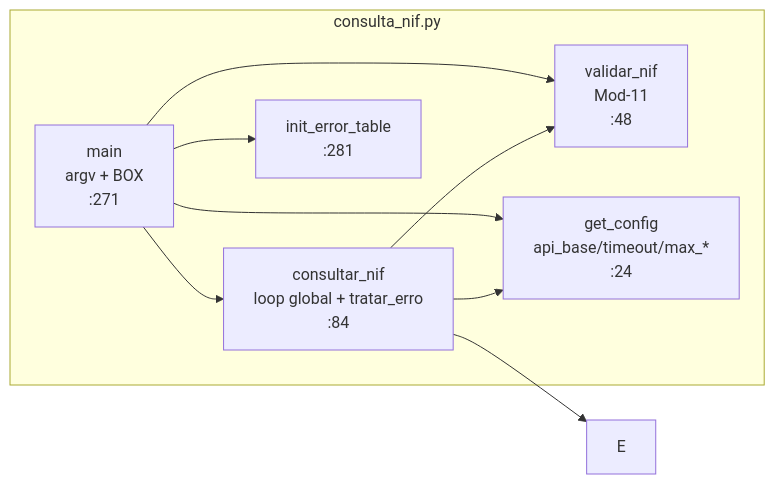
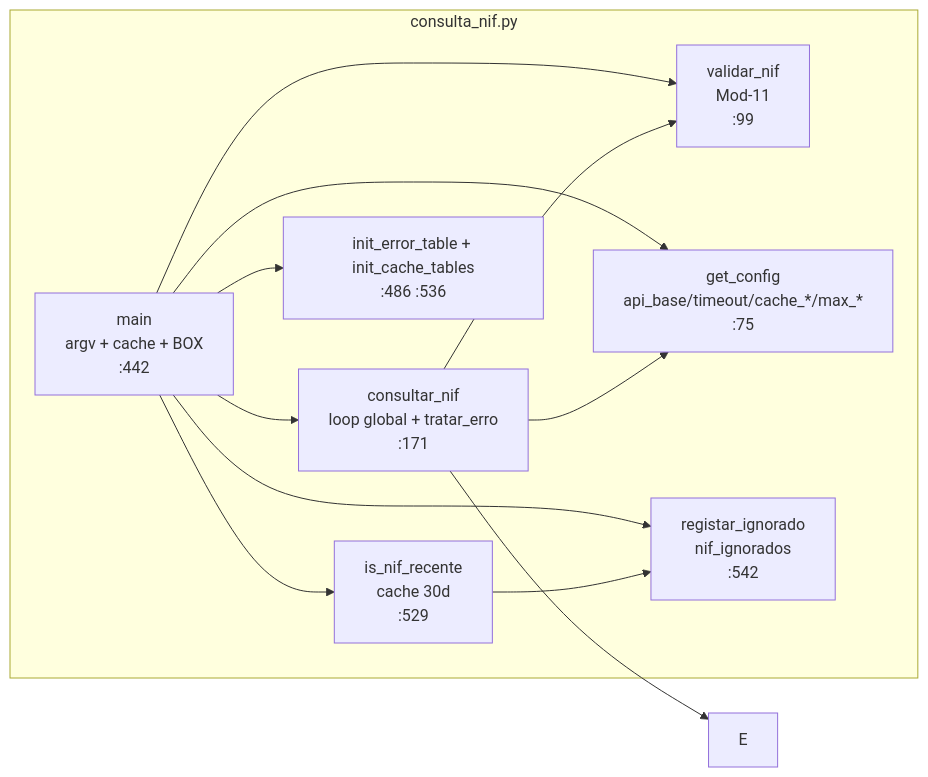
The third of 6 diagrams in docs/architecture/architecture.md (nunoetome/nif-pt), drawn with Mermaid before and after one commit. The commit also changed other lines of this file and 28 other files, not shown here.

````diff
--- a/docs/architecture/architecture.md
+++ b/docs/architecture/architecture.md
@@ -62,12 +68,15 @@
 ```mermaid
 graph LR
     subgraph consulta_nif.py
-        V[validar_nif<br/>Mod-11<br/>:48]
-        G[get_config<br/>api_base/timeout/max_*<br/>:24]
-        R[consultar_nif<br/>loop global + tratar_erro<br/>:84]
-        IE[init_error_table<br/>:281]
-        M[main<br/>argv + BOX<br/>:271]
+        V[validar_nif<br/>Mod-11<br/>:99]
+        G[get_config<br/>api_base/timeout/cache_*/max_*<br/>:75]
+        CV2[is_nif_recente<br/>cache 30d<br/>:529]
+        RG[registar_ignorado<br/>nif_ignorados<br/>:542]
+        R[consultar_nif<br/>loop global + tratar_erro<br/>:171]
+        IE[init_error_table + init_cache_tables<br/>:486 :536]
+        M[main<br/>argv + cache + BOX<br/>:442]
     end
-    M --> V & G & IE & R
+    M --> V & G & IE & CV2 & RG & R
     R --> V & G & E
+    CV2 --> RG
 ```
````
